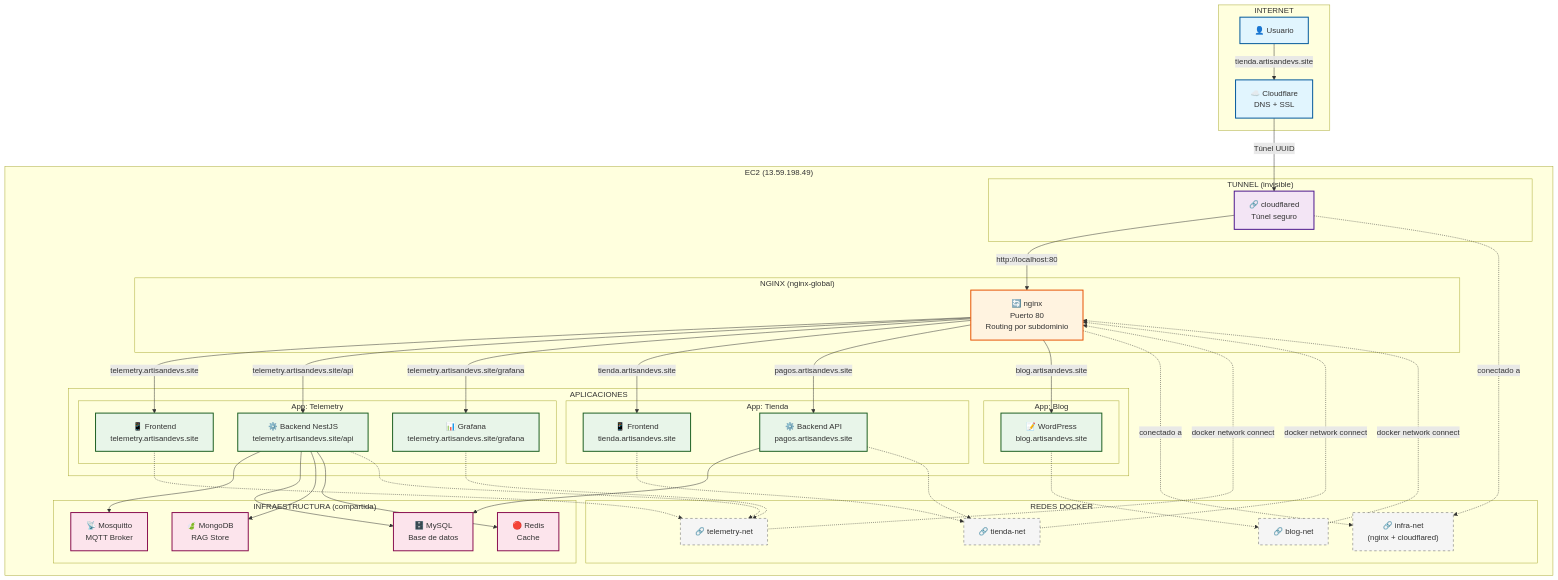
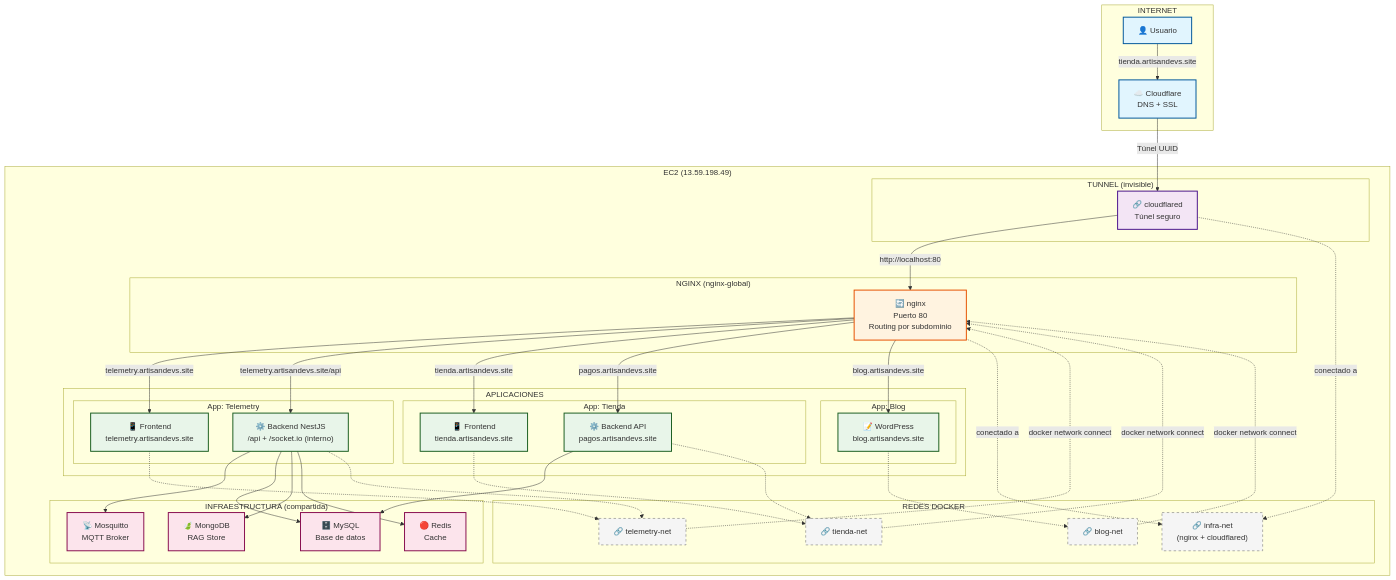
The first of 4 diagrams in docs/INFRASTRUCTURE-DIAGRAM.md (pabloacisera/telemetry-iot-platform), drawn with Mermaid before and after one commit. The commit also changed 12 other files, not shown here.

Commit message:
docs: deployment guides, architecture + infra specs

````diff
--- a/docs/INFRASTRUCTURE-DIAGRAM.md
+++ b/docs/INFRASTRUCTURE-DIAGRAM.md
@@ -17,8 +17,7 @@
         subgraph "APLICACIONES"
             subgraph "App: Telemetry"
                 Telemetry_FE["📱 Frontend<br/>telemetry.artisandevs.site"]
-                Telemetry_BE["⚙️ Backend NestJS<br/>telemetry.artisandevs.site/api"]
-                Telemetry_GF["📊 Grafana<br/>telemetry.artisandevs.site/grafana"]
+                Telemetry_BE["⚙️ Backend NestJS<br/>/api + /socket.io (interno)"]
             end
 
             subgraph "App: Tienda"
@@ -56,7 +55,6 @@
     %% Nginx a apps (routing por subdominio)
     NGINX -->|"telemetry.artisandevs.site"| Telemetry_FE
     NGINX -->|"telemetry.artisandevs.site/api"| Telemetry_BE
-    NGINX -->|"telemetry.artisandevs.site/grafana"| Telemetry_GF
     NGINX -->|"tienda.artisandevs.site"| Tienda_FE
     NGINX -->|"pagos.artisandevs.site"| Tienda_BE
     NGINX -->|"blog.artisandevs.site"| Blog_WP
@@ -73,7 +71,6 @@
     CF_Tunnel -.->|"conectado a"| Net_Infra
     Telemetry_FE -.-> Net_Telemetry
     Telemetry_BE -.-> Net_Telemetry
-    Telemetry_GF -.-> Net_Telemetry
     Tienda_FE -.-> Net_Tienda
     Tienda_BE -.-> Net_Tienda
     Blog_WP -.-> Net_Blog
@@ -94,7 +91,7 @@
     class CF,User cloud
     class CF_Tunnel tunnel
     class NGINX nginx
-    class Telemetry_FE,Telemetry_BE,Telemetry_GF,Tienda_FE,Tienda_BE,Blog_WP app
+    class Telemetry_FE,Telemetry_BE,Tienda_FE,Tienda_BE,Blog_WP app
     class MQTT,MySQL,MongoDB,Redis infra
     class Net_Infra,Net_Telemetry,Net_Tienda,Net_Blog network
 ```
````
